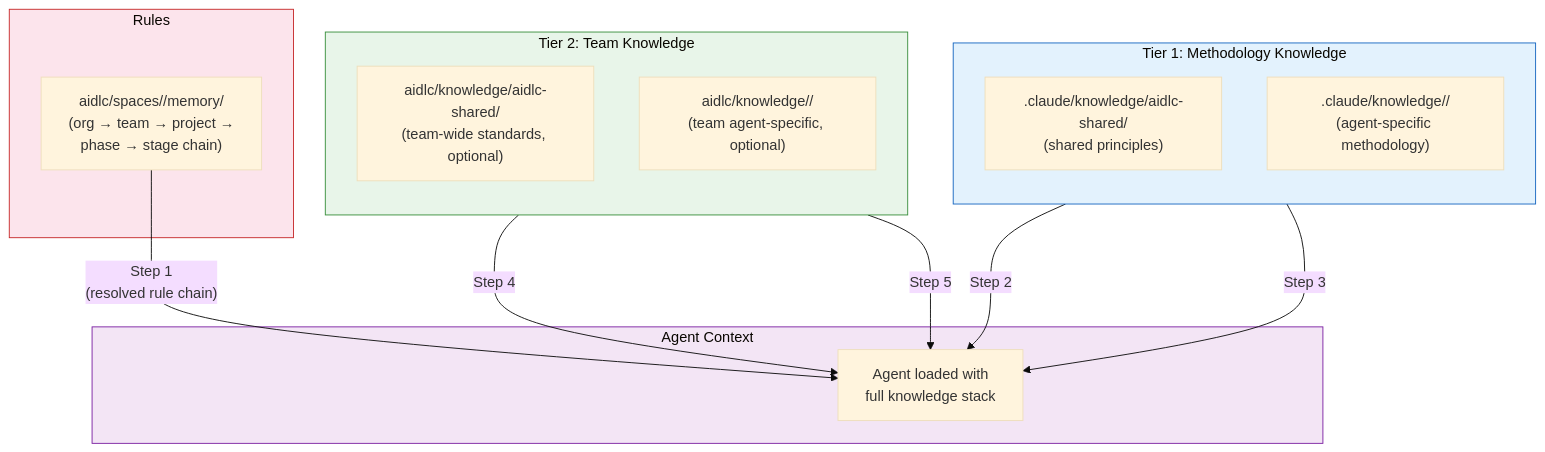
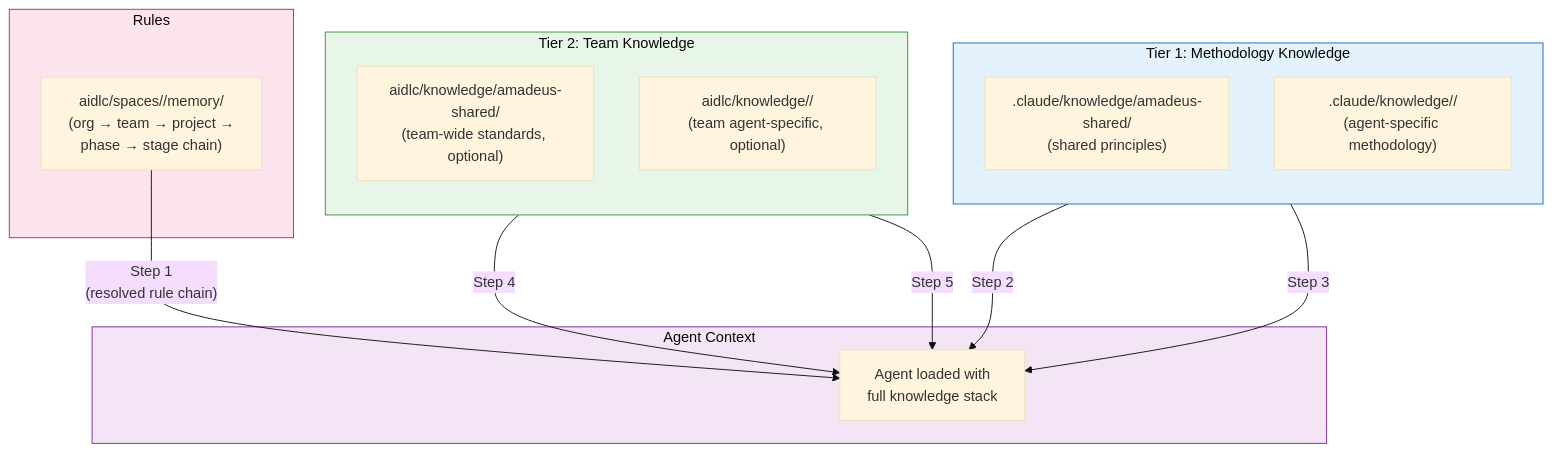
Before and after one commit to amadeus-dlc/amadeus: the first of 2 diagrams in docs/guide/08-knowledge.md, drawn with Mermaid (base theme). The commit also changed other lines of this file and 855 other files, not shown here.

Commit message:
refactor: rename aidlc prefixes to amadeus

````diff
--- a/docs/guide/08-knowledge.md
+++ b/docs/guide/08-knowledge.md
@@ -9,33 +9,33 @@
 ```mermaid
 flowchart TD
     subgraph TIER1["Tier 1: Methodology Knowledge"]
         direction TB
-        MK_SHARED[".claude/knowledge/aidlc-shared/\n(shared principles)"]
+        MK_SHARED[".claude/knowledge/amadeus-shared/\n(shared principles)"]
         MK_AGENT[".claude/knowledge/<agent>/\n(agent-specific methodology)"]
     end
 
     subgraph TIER2["Tier 2: Team Knowledge"]
         direction TB
-        TK_SHARED["aidlc/knowledge/aidlc-shared/\n(team-wide standards, optional)"]
+        TK_SHARED["aidlc/knowledge/amadeus-shared/\n(team-wide standards, optional)"]
         TK_AGENT["aidlc/knowledge/<agent>/\n(team agent-specific, optional)"]
     end
 
     subgraph RULES["Rules"]
         GR["aidlc/spaces/<space>/memory/\n(org → team → project →\nphase → stage chain)"]
     end
 
     subgraph CONTEXT["Agent Context"]
         AC["Agent loaded with\nfull knowledge stack"]
     end
 
     GR -->|"Step 1\n(resolved rule chain)"| AC
     MK_SHARED -->|"Step 2"| AC
     MK_AGENT -->|"Step 3"| AC
     TK_SHARED -->|"Step 4"| AC
     TK_AGENT -->|"Step 5"| AC
 
     style TIER1 fill:#e3f2fd,stroke:#1565c0
     style TIER2 fill:#e8f5e9,stroke:#388e3c
     style RULES fill:#fce4ec,stroke:#c62828
     style CONTEXT fill:#f3e5f5,stroke:#7b1fa2
 ```
````
